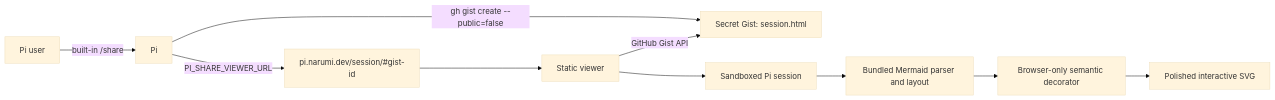
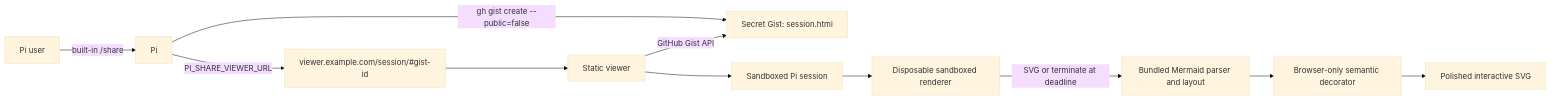
The diagram in README.md (narumiruna/pi-share-viewer), drawn with Mermaid (base theme) before and after one commit. The commit also changed other lines of this file and 26 other files, not shown here.

````diff
--- a/README.md
+++ b/README.md
@@ -11,12 +11,13 @@
 ```mermaid
 flowchart LR
     U[Pi user] -->|built-in /share| P[Pi]
     P -->|gh gist create --public=false| G[Secret Gist: session.html]
-    P -->|PI_SHARE_VIEWER_URL| URL[pi.narumi.dev/session/#gist-id]
+    P -->|PI_SHARE_VIEWER_URL| URL[viewer.example.com/session/#gist-id]
     URL --> W[Static viewer]
     W -->|GitHub Gist API| G
     W --> I[Sandboxed Pi session]
-    I --> M[Bundled Mermaid parser and layout]
+    I --> R[Disposable sandboxed renderer]
+    R -->|SVG or terminate at deadline| M[Bundled Mermaid parser and layout]
     M --> D[Browser-only semantic decorator]
     D --> SVG[Polished interactive SVG]
 ```
````
